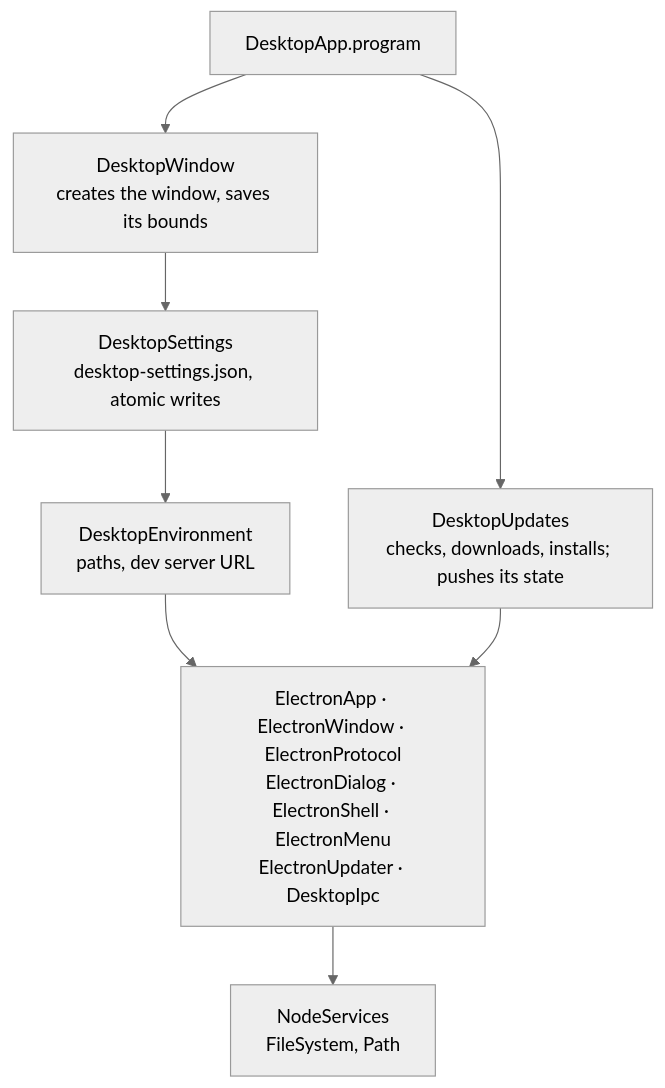
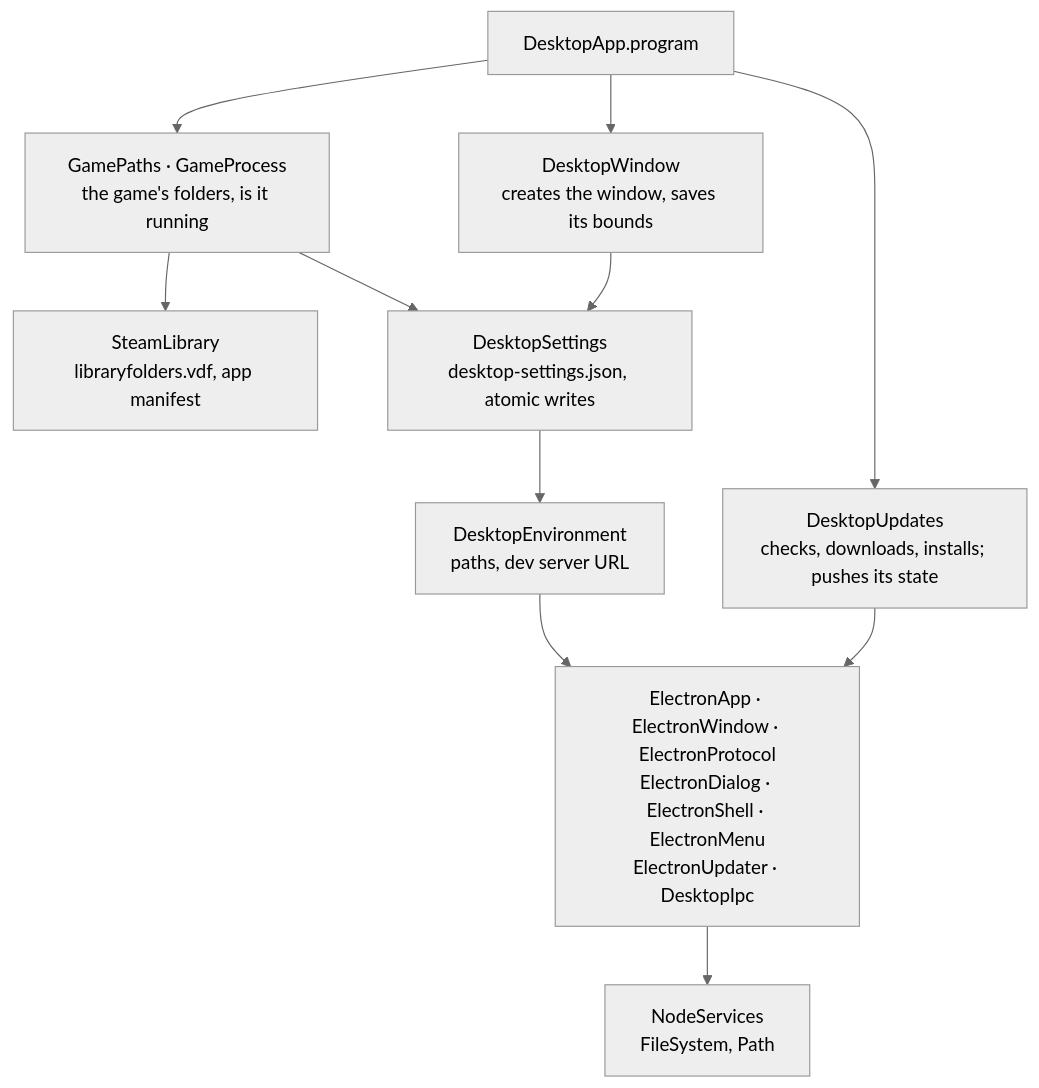
Before and after one commit to ballest-editor/ballest-editor: the third of 3 diagrams in apps/desktop/README.md, drawn with Mermaid (neutral theme). The commit also changed other lines of this file and 40 other files, not shown here.

````diff
--- a/apps/desktop/README.md
+++ b/apps/desktop/README.md
@@ -89,10 +89,13 @@
 ```mermaid
 flowchart TB
   program[DesktopApp.program] --> window[DesktopWindow<br/>creates the window, saves its bounds]
+  program --> game[GamePaths · GameProcess<br/>the game's folders, is it running]
+  game --> steam[SteamLibrary<br/>libraryfolders.vdf, app manifest]
+  game --> settings
   window --> settings[DesktopSettings<br/>desktop-settings.json, atomic writes]
   settings --> env[DesktopEnvironment<br/>paths, dev server URL]
   env --> electron["ElectronApp · ElectronWindow · ElectronProtocol<br/>ElectronDialog · ElectronShell · ElectronMenu<br/>ElectronUpdater · DesktopIpc"]
   electron --> node[NodeServices<br/>FileSystem, Path]
   program --> updates[DesktopUpdates<br/>checks, downloads, installs; pushes its state]
   updates --> electron
 ```
````
